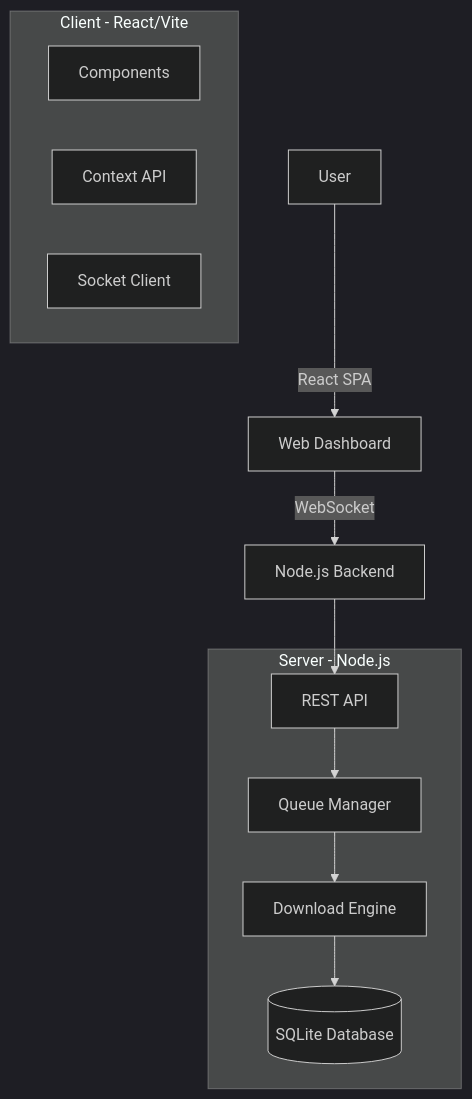
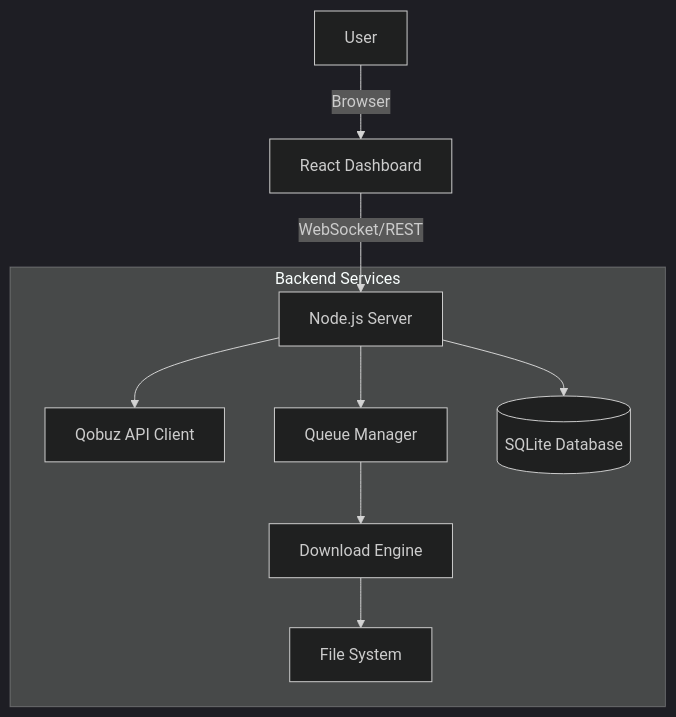
Before and after one commit to ifauzeee/QBZ-Downloader: the diagram in README.md, drawn with Mermaid (dark theme). The commit also changed other lines of this file and 4 other files, not shown here.

````diff
--- a/README.md
+++ b/README.md
@@ -269,23 +171,13 @@
 ```mermaid
 graph TD
-    User[User] -->|React SPA| Dashboard[Web Dashboard]
-    Dashboard -->|WebSocket| Express[Node.js Backend]
+    User[User] -->|Browser| Dashboard[React Dashboard]
+    Dashboard -->|WebSocket/REST| Server[Node.js Server]
     
-    subgraph Frontend [Client - React/Vite]
-        UI[Components]
-        State[Context API]
-        Socket[Socket Client]
+    subgraph Backend Services
+        Server --> API[Qobuz API Client]
+        Server --> Queue[Queue Manager]
+        Server --> DB[(SQLite Database)]
+        Queue --> Downloader[Download Engine]
+        Downloader --> FS[File System]
     end
-
-    subgraph Backend [Server - Node.js]
-        API[REST API]
-        Queue[Queue Manager]
-        Downloader[Download Engine]
-        DB[(SQLite Database)]
-    end
-    
-    Express --> API
-    API --> Queue
-    Queue --> Downloader
-    Downloader --> DB
 ```
````
